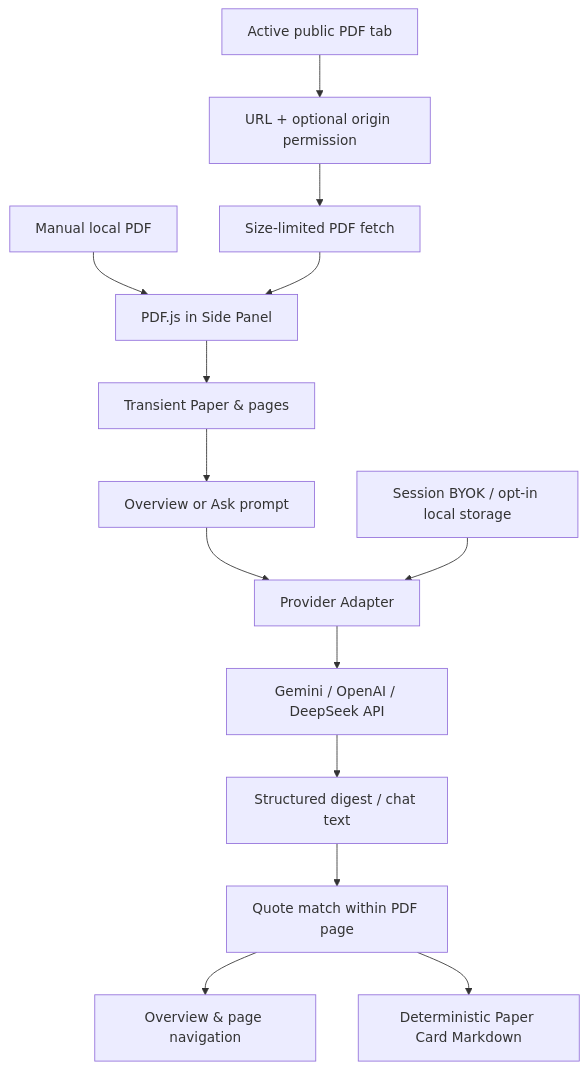
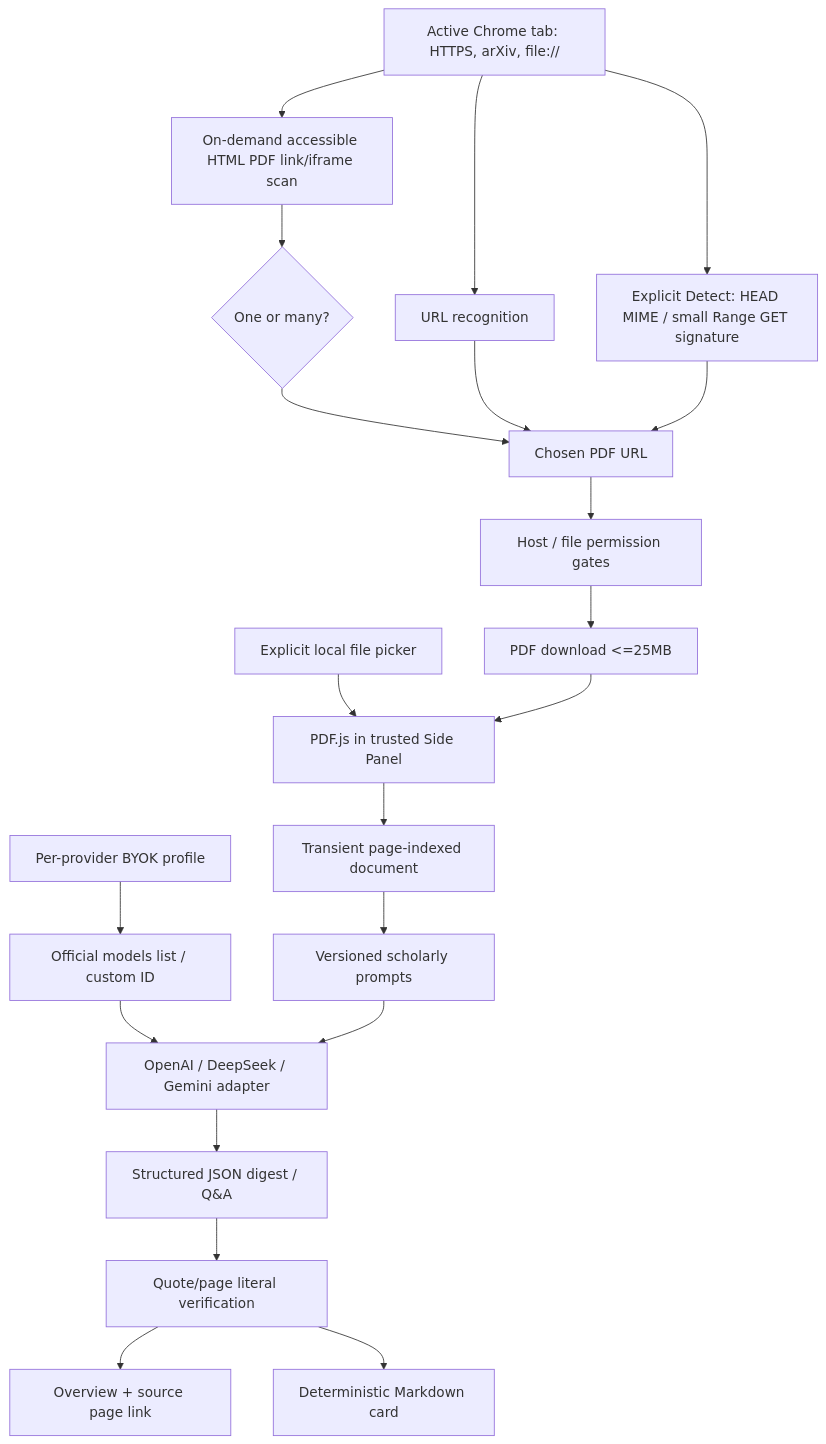
Before and after one commit to Housz/PaperPeek: the diagram in docs/architecture.md, drawn with Mermaid. The commit also changed other lines of this file and 33 other files, not shown here.

First line of the commit message:
feat: PaperPeek v0.1.3 PDF discovery, model settings and prompt library

````diff
--- a/docs/architecture.md
+++ b/docs/architecture.md
@@ -5,15 +7,23 @@
 ```mermaid
 flowchart TD
- Tab[Active public PDF tab] --> Resolve[URL + optional origin permission]
- File[Manual local PDF] --> Parser[PDF.js in Side Panel]
- Resolve --> Fetch[Size-limited PDF fetch] --> Parser
- Parser --> Paper[Transient Paper & pages]
- Paper --> Prompt[Overview or Ask prompt]
- Prompt --> Adapter[Provider Adapter]
- Settings[Session BYOK / opt-in local storage] --> Adapter
- Adapter --> API[Gemini / OpenAI / DeepSeek API]
- API --> Parser2[Structured digest / chat text]
- Parser2 --> Verify[Quote match within PDF page]
- Verify --> Overview[Overview & page navigation]
- Verify --> Markdown[Deterministic Paper Card Markdown]
- ```
+    Tab[Active Chrome tab: HTTPS, arXiv, file://] --> URL[URL recognition]
+    Tab --> DOM[On-demand accessible HTML PDF link/iframe scan]
+    DOM --> Choose{One or many?}
+    Choose --> Source[Chosen PDF URL]
+    URL --> Source
+    Tab --> Probe[Explicit Detect: HEAD MIME / small Range GET signature]
+    Probe --> Source
+    File[Explicit local file picker] --> Parse[PDF.js in trusted Side Panel]
+    Source --> Permission[Host / file permission gates]
+    Permission --> Fetch[PDF download <=25MB]
+    Fetch --> Parse
+    Parse --> Paper[Transient page-indexed document]
+    Paper --> Prompt[Versioned scholarly prompts]
+    Settings[Per-provider BYOK profile] --> Catalog[Official models list / custom ID]
+    Catalog --> Provider[OpenAI / DeepSeek / Gemini adapter]
+    Prompt --> Provider
+    Provider --> Digest[Structured JSON digest / Q&A]
+    Digest --> Verify[Quote/page literal verification]
+    Verify --> Overview[Overview + source page link]
+    Verify --> MD[Deterministic Markdown card]
+```
````
